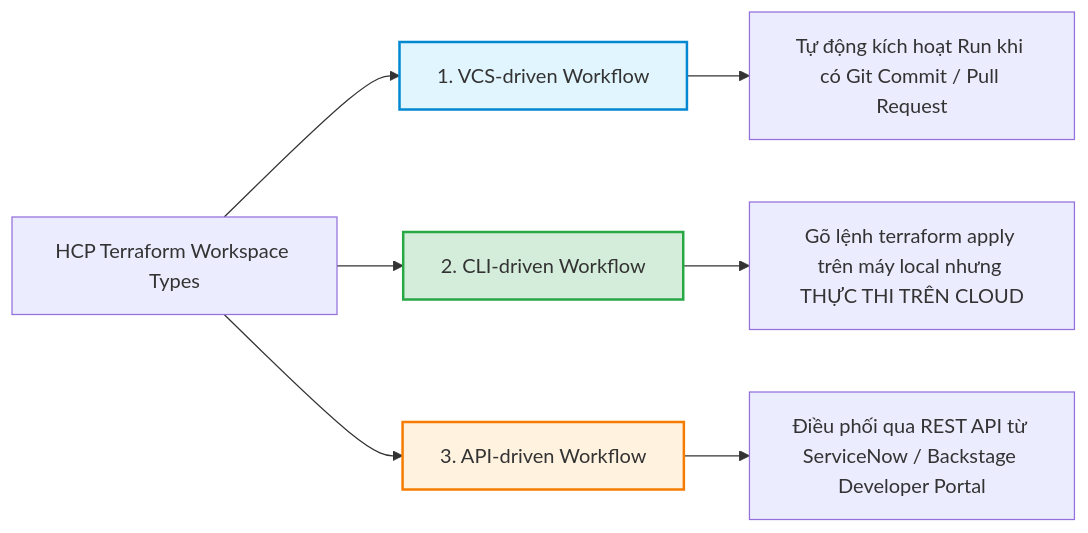
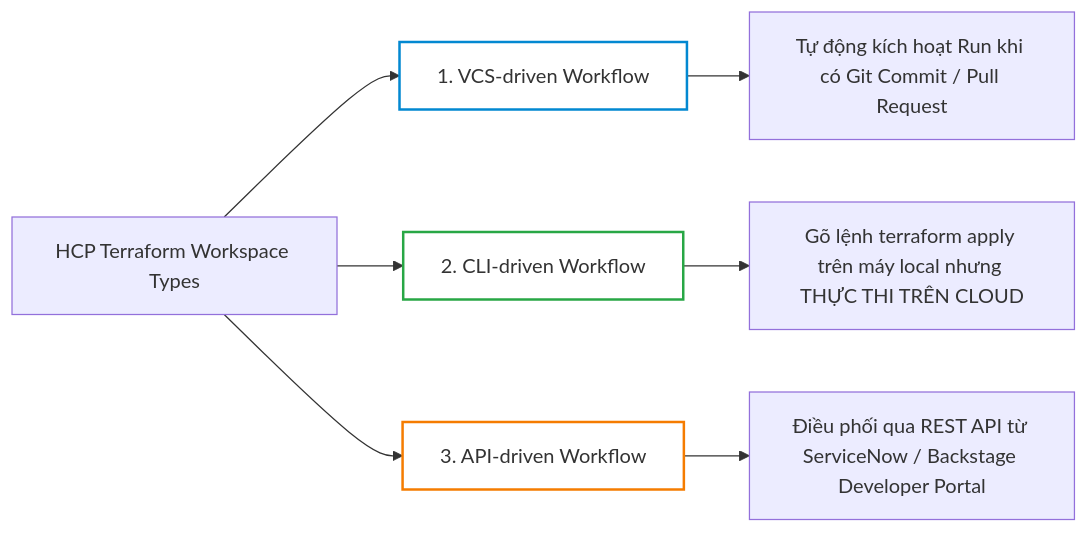
The second of 6 diagrams in _posts/2026-09-13-terraform-27-27-quan-tri-ha-tang-doanh-nghiep-voi-hcp-terraform-cloud.md (kiennt308/ntk), drawn with Mermaid before and after one commit. The commit also changed other lines of this file and 207 other files, not shown here.

Commit message:
feat(posts): batch standardize all 208 posts with TL;DR, qa-card accordion, fill:none mermaid, and liquid raw wrappers

````diff
--- a/_posts/2026-09-13-terraform-27-27-quan-tri-ha-tang-doanh-nghiep-voi-hcp-terraform-cloud.md
+++ b/_posts/2026-09-13-terraform-27-27-quan-tri-ha-tang-doanh-nghiep-voi-hcp-terraform-cloud.md
@@ -90,16 +94,16 @@
 ```mermaid
 graph LR
     WS["HCP Terraform Workspace Types"] --> M1["1. VCS-driven Workflow"]
     WS --> M2["2. CLI-driven Workflow"]
     WS --> M3["3. API-driven Workflow"]
 
     M1 --> M1_DESC["Tự động kích hoạt Run khi có Git Commit / Pull Request"]
     M2 --> M2_DESC["Gõ lệnh terraform apply trên máy local nhưng THỰC THI TRÊN CLOUD"]
     M3 --> M3_DESC["Điều phối qua REST API từ ServiceNow / Backstage Developer Portal"]
 
-    style M1 fill:#e1f5fe,stroke:#0288d1,stroke-width:2px
-    style M2 fill:#d4edda,stroke:#28a745,stroke-width:2px
-    style M3 fill:#fff3e0,stroke:#f57c00,stroke-width:2px
+    style M1 fill:none,stroke:#0288d1,stroke-width:2px
+    style M2 fill:none,stroke:#28a745,stroke-width:2px
+    style M3 fill:none,stroke:#f57c00,stroke-width:2px
 
 
 ```
````
